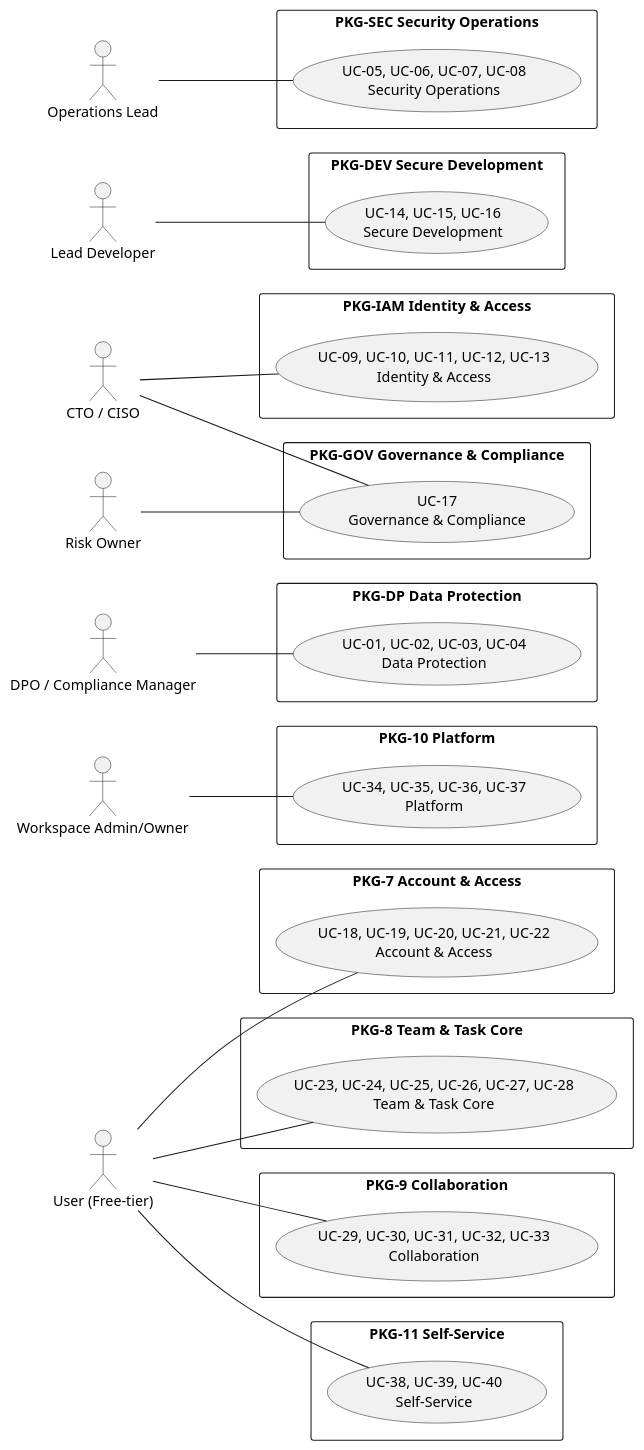
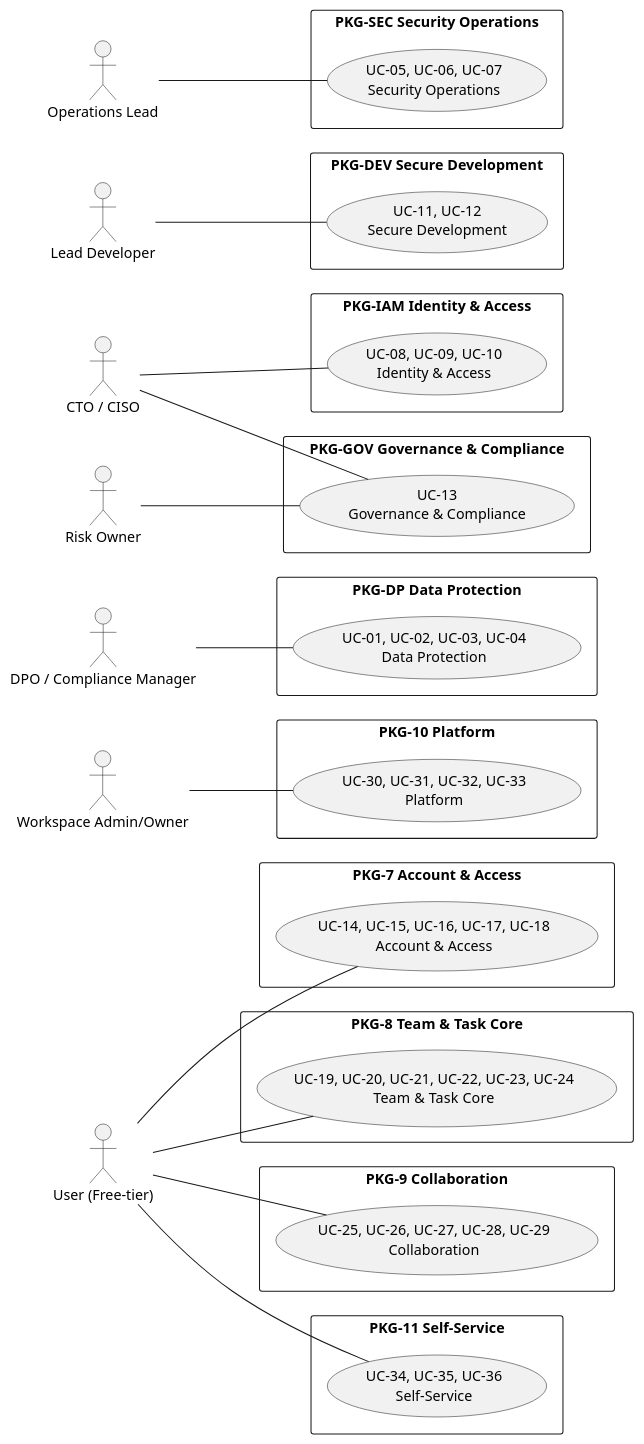
The first of 11 diagrams in 02_CASES/Case_01_TinyTask_SaaS/03_PHASE3_DECOMPOSITION_RICH/annexes/A_Use_Case_Diagrams.md (pauloribeiro16/Methodology_compact), drawn with PlantUML before and after one commit. The commit also changed other lines of this file and 23 other files, not shown here.

Commit message:
[EXECUTOR] F3 ledger-zero C1: 4 borderline re-laned (UC-07/11/12/16 → PROC-18..21, P7) + compact renumber (36 UCs: compliance 01..13, product 14..36); Doc20 v3.4 + Doc32 v1.3 (4 SSDF cards + articulation) + annexes/SVGs; gates green (verify_rich exit 0, mermaid 196/196, smoke 16/16)

````diff
--- a/02_CASES/Case_01_TinyTask_SaaS/03_PHASE3_DECOMPOSITION_RICH/annexes/A_Use_Case_Diagrams.md
+++ b/02_CASES/Case_01_TinyTask_SaaS/03_PHASE3_DECOMPOSITION_RICH/annexes/A_Use_Case_Diagrams.md
@@ -43,53 +43,53 @@
 ```plantuml
 @startuml
 left to right direction
 actor "User (Free-tier)" as USER
 actor "Workspace Admin/Owner" as ADM
 actor "DPO / Compliance Manager" as DPO
 actor "CTO / CISO" as CTO
 actor "Lead Developer" as DEV
 actor "Operations Lead" as OPS
 actor "Risk Owner" as RO
 rectangle "PKG-7 Account & Access" {
-usecase "UC-18, UC-19, UC-20, UC-21, UC-22\nAccount & Access" as P7
+usecase "UC-14, UC-15, UC-16, UC-17, UC-18\nAccount & Access" as P7
 }
 rectangle "PKG-8 Team & Task Core" {
-usecase "UC-23, UC-24, UC-25, UC-26, UC-27, UC-28\nTeam & Task Core" as P8
+usecase "UC-19, UC-20, UC-21, UC-22, UC-23, UC-24\nTeam & Task Core" as P8
 }
 rectangle "PKG-9 Collaboration" {
-usecase "UC-29, UC-30, UC-31, UC-32, UC-33\nCollaboration" as P9
+usecase "UC-25, UC-26, UC-27, UC-28, UC-29\nCollaboration" as P9
 }
 rectangle "PKG-10 Platform" {
-usecase "UC-34, UC-35, UC-36, UC-37\nPlatform" as P10
+usecase "UC-30, UC-31, UC-32, UC-33\nPlatform" as P10
 }
 rectangle "PKG-11 Self-Service" {
-usecase "UC-38, UC-39, UC-40\nSelf-Service" as P11
+usecase "UC-34, UC-35, UC-36\nSelf-Service" as P11
 }
 rectangle "PKG-DP Data Protection" {
 usecase "UC-01, UC-02, UC-03, UC-04\nData Protection" as PDP
 }
 rectangle "PKG-SEC Security Operations" {
-usecase "UC-05, UC-06, UC-07, UC-08\nSecurity Operations" as PSEC
+usecase "UC-05, UC-06, UC-07\nSecurity Operations" as PSEC
 }
 rectangle "PKG-IAM Identity & Access" {
-usecase "UC-09, UC-10, UC-11, UC-12, UC-13\nIdentity & Access" as PIAM
+usecase "UC-08, UC-09, UC-10\nIdentity & Access" as PIAM
 }
 rectangle "PKG-DEV Secure Development" {
-usecase "UC-14, UC-15, UC-16\nSecure Development" as PDEV
+usecase "UC-11, UC-12\nSecure Development" as PDEV
 }
 rectangle "PKG-GOV Governance & Compliance" {
-usecase "UC-17\nGovernance & Compliance" as PGOV
+usecase "UC-13\nGovernance & Compliance" as PGOV
 }
 USER -- P7
 USER -- P8
 USER -- P9
 USER -- P11
 ADM -- P10
 DPO -- PDP
 CTO -- PIAM
 CTO -- PGOV
 DEV -- PDEV
 OPS -- PSEC
 RO -- PGOV
 @enduml
 ```
````
